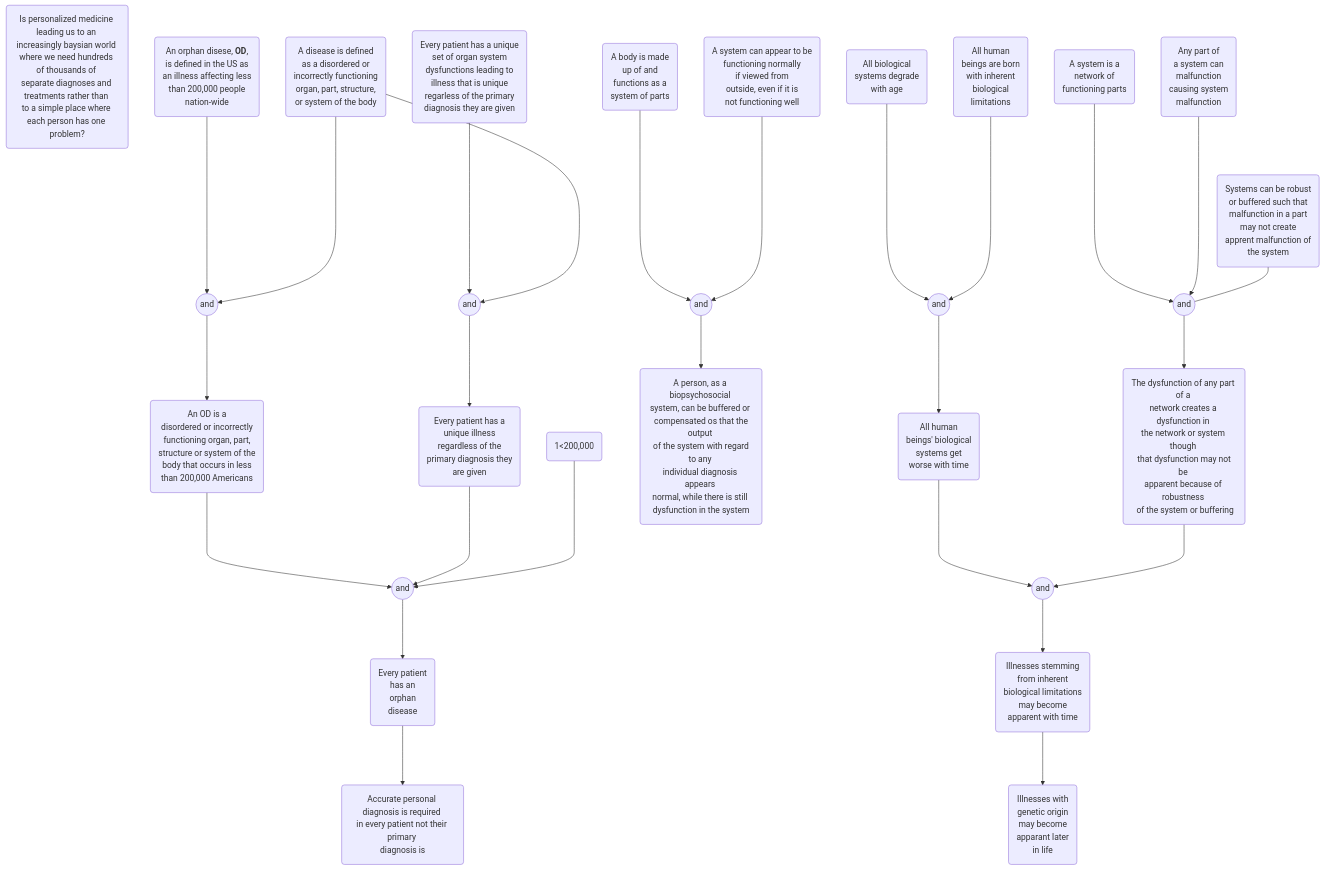
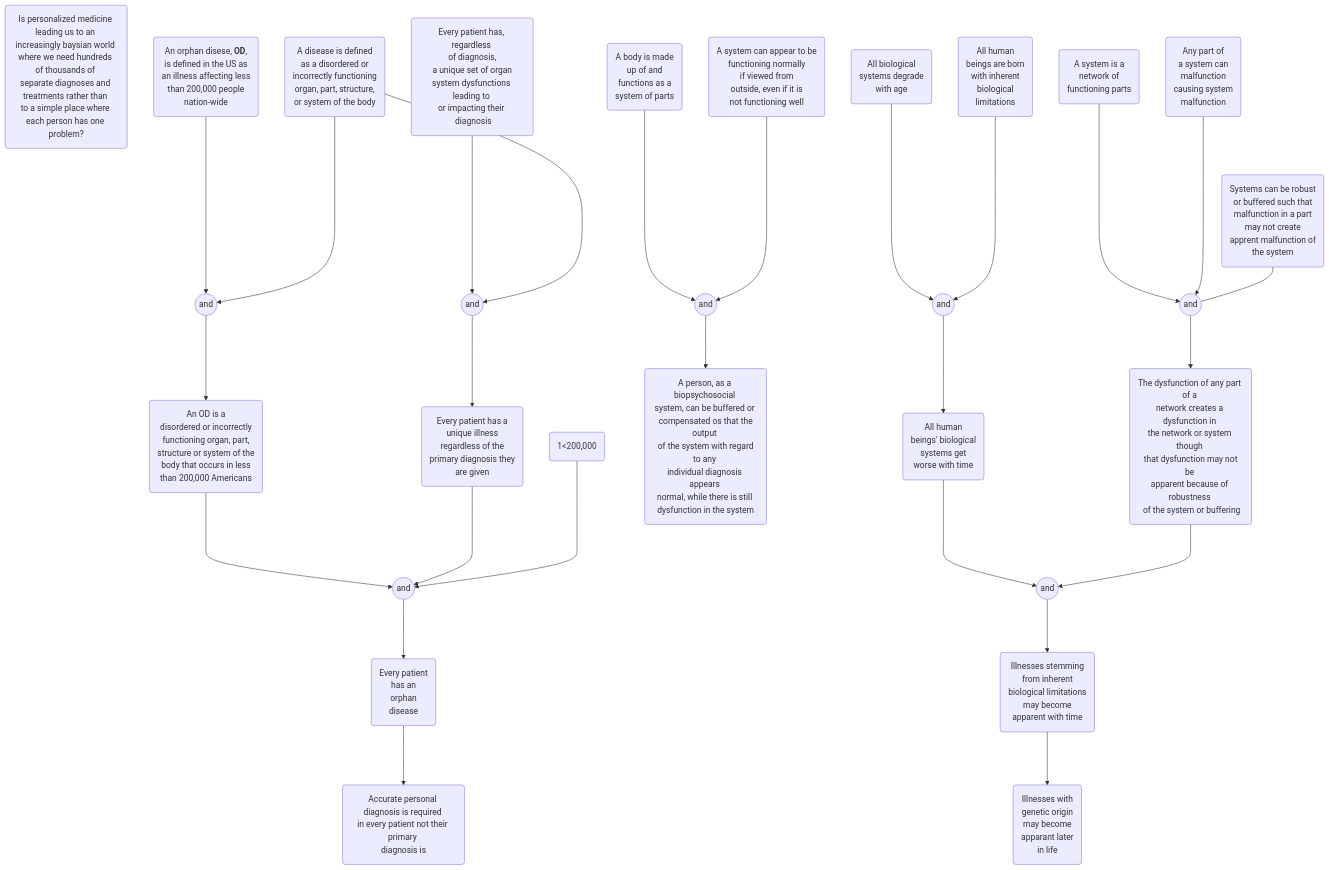
Before and after one commit to hwetsman/TOC_Trees: the diagram in Orphan_Diseases.md, drawn with Mermaid.

Commit message:
Refactor: restated every_pt

````diff
--- a/Orphan_Diseases.md
+++ b/Orphan_Diseases.md
@@ -3,64 +3,64 @@
 ```mermaid
 flowchart TD
 proposition(Is personalized medicine <br>leading us to an <br>increasingly baysian world <br>where we need hundreds <br>of thousands of <br>separate diagnoses and <br>treatments rather than <br>to a simple place where <br>each person has one problem?)
 
 orphan(An orphan disese, <b>OD</b>, <br>is defined in the US as <br>an illness affecting less <br>than 200,000 people <br> nation-wide)
 disease(A disease is defined <br>as a disordered or <br>incorrectly functioning <br>organ, part, structure, <br>or system of the body)
 and1((and))
     orphan--->and1
     disease--->and1
-every_pt(Every patient has a unique <br>set of organ system <br>dysfunctions leading to <br>illness that is unique <br>regarless of the primary <br>diagnosis they are given)
-and2((and))
-    every_pt--->and2
-    disease--->and2
+every_pt(Every patient has, regardless <br> of diagnosis, <br> a unique set of organ <br>system dysfunctions leading to <br>or impacting their <br> diagnosis)
+    and2((and))
+        every_pt--->and2
+        disease--->and2
 OD_def(An OD is a <br>disordered or incorrectly <br> functioning organ, part, <br>structure or system of the <br>body that occurs in less <br>than 200,000 Americans)
     and1--->OD_def
 every_pt2(Every patient has a <br>unique illness <br>regardless of the <br> primary diagnosis they <br>are given)
     and2--->every_pt2
 logic(1<200,000)
 and3((and))
     OD_def--->and3
     every_pt2--->and3
     logic--->and3
 every_pt3(Every patient <br>has an <br>orphan <br>disease)
     and3--->every_pt3
 accurate(Accurate personal <br>diagnosis is required <br>in every patient not <brmatter how common <br>their primary <br>diagnosis is)
     every_pt3--->accurate
 
 body(A body is made <br>up of and <br>functions as a <br>system of parts)
 systems(A system can appear to be <br>functioning normally <br>if viewed from <br> outside, even if it is <br>not functioning well)
 and4((and))
     body--->and4
     systems--->and4
 persons(A person, as a biopsychosocial <br>system, can be buffered or <br> compensated os that the output <br> of the system with regard to any <br>individual diagnosis appears <br>normal, while there is still <br>dysfunction in the system)
     and4--->persons
 
 system(A system is a <br>network of <br>functioning parts)
 any_system(Any part of <br>a system can <br>malfunction <br> causing system <br>malfunction)
 buffered(Systems can be robust <br>or buffered such that <br>malfunction in a part <br>may not create <br>apprent malfunction of <br>the system)
 and5((and))
     system--->and5
     any_system--->and5
     buffered---and5
         dysfunction(The dysfunction of any part of a <br>network creates a dysfunction in <br>the network or system though <br> that dysfunction may not be <br>apparent because of robustness <br> of the system or buffering)
         and5--->dysfunction
 
 age(All biological <br>systems degrade <br>with age)
 limits(All human <br>beings are born <br>with inherent <br>biological <br>limitations)
 and6((and))
     age--->and6
     limits--->and6
 time(All human <br>beings' biological <br>systems get <br>worse with time)
     and6--->time
         and7((and))
         time--->and7
         dysfunction--->and7
             tardive(Illnesses stemming <br>from inherent <br>biological limitations <br>may become <br>apparent with time)
                 and7--->tardive
                 genetic(Illnesses with <br>genetic origin <br>may become <br>apparant later <br>in life)
                     tardive--->genetic
 
     
 
 
 ```
````
